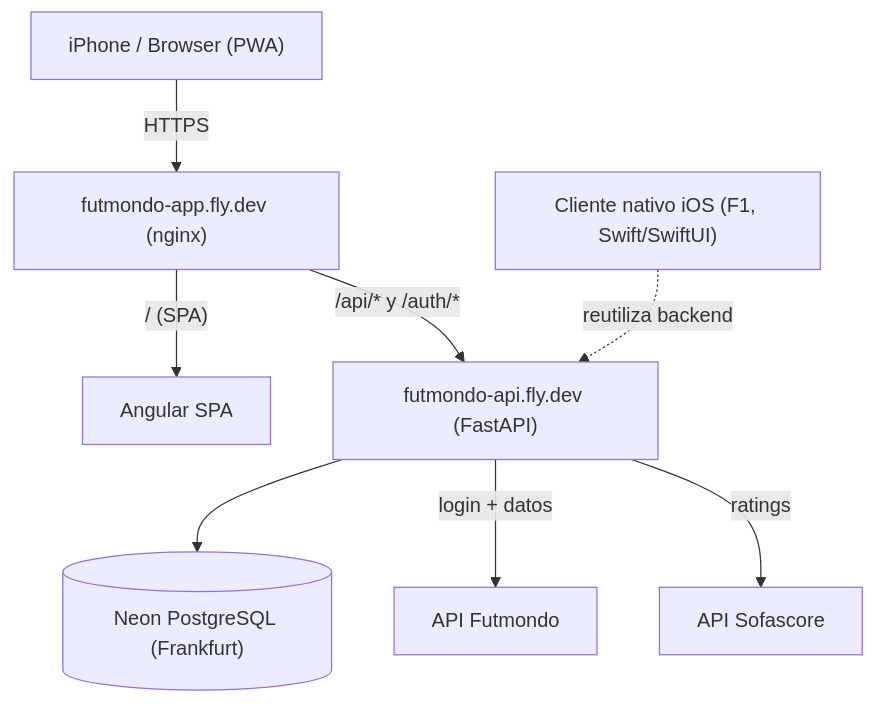
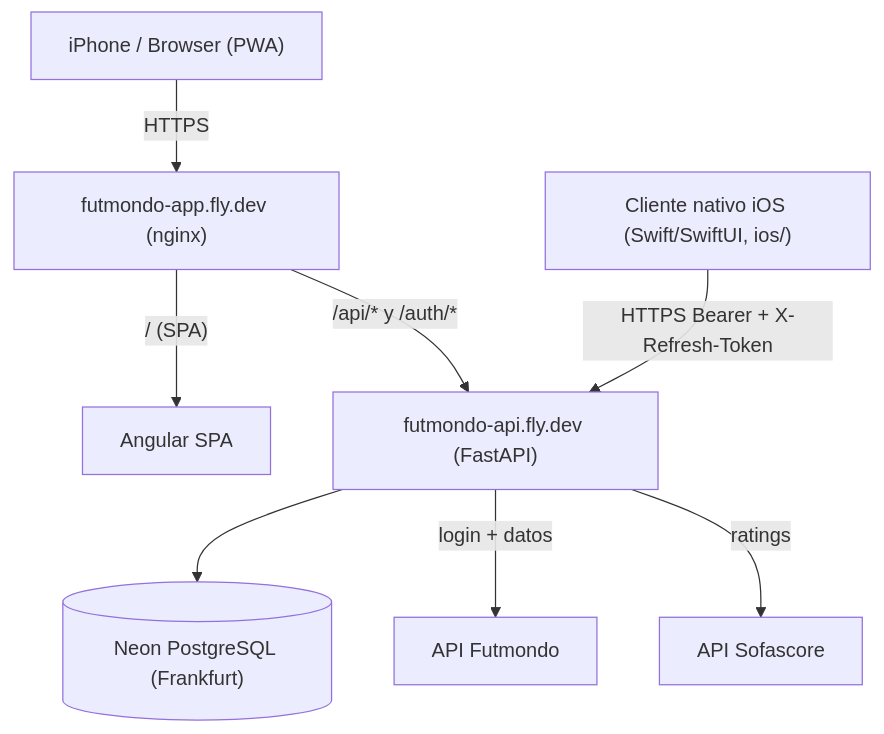
One commit to Mutinho/futmondo-analytics changed the diagram in aidlc/spaces/default/codekb/futmondo-analytics/architecture.md. Above: the diagram before and after it, drawn with Mermaid. The commit also changed other lines of this file and 694 other files, not shown here.

````diff
--- a/aidlc/spaces/default/codekb/futmondo-analytics/architecture.md
+++ b/aidlc/spaces/default/codekb/futmondo-analytics/architecture.md
@@ -23,10 +23,10 @@
 ```mermaid
 flowchart TD
     iphone["iPhone / Browser (PWA)"] -->|HTTPS| app["futmondo-app.fly.dev (nginx)"]
     app -->|"/ (SPA)"| spa["Angular SPA"]
     app -->|"/api/* y /auth/*"| api["futmondo-api.fly.dev (FastAPI)"]
     api --> db[("Neon PostgreSQL (Frankfurt)")]
     api -->|login + datos| fut["API Futmondo"]
     api -->|ratings| sofa["API Sofascore"]
-    ios["Cliente nativo iOS (F1, Swift/SwiftUI)"] -.->|reutiliza backend| api
+    ios["Cliente nativo iOS (Swift/SwiftUI, ios/)"] -->|HTTPS Bearer + X-Refresh-Token| api
 ```
````
